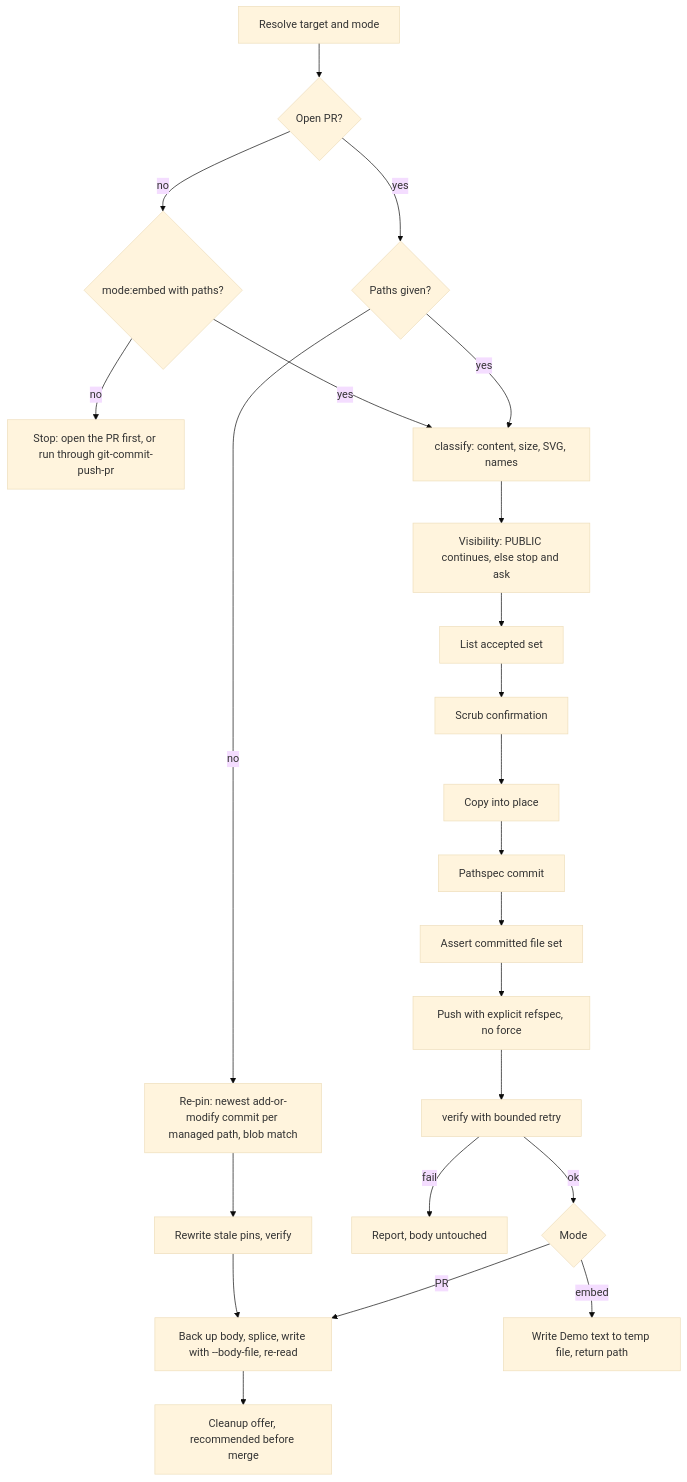
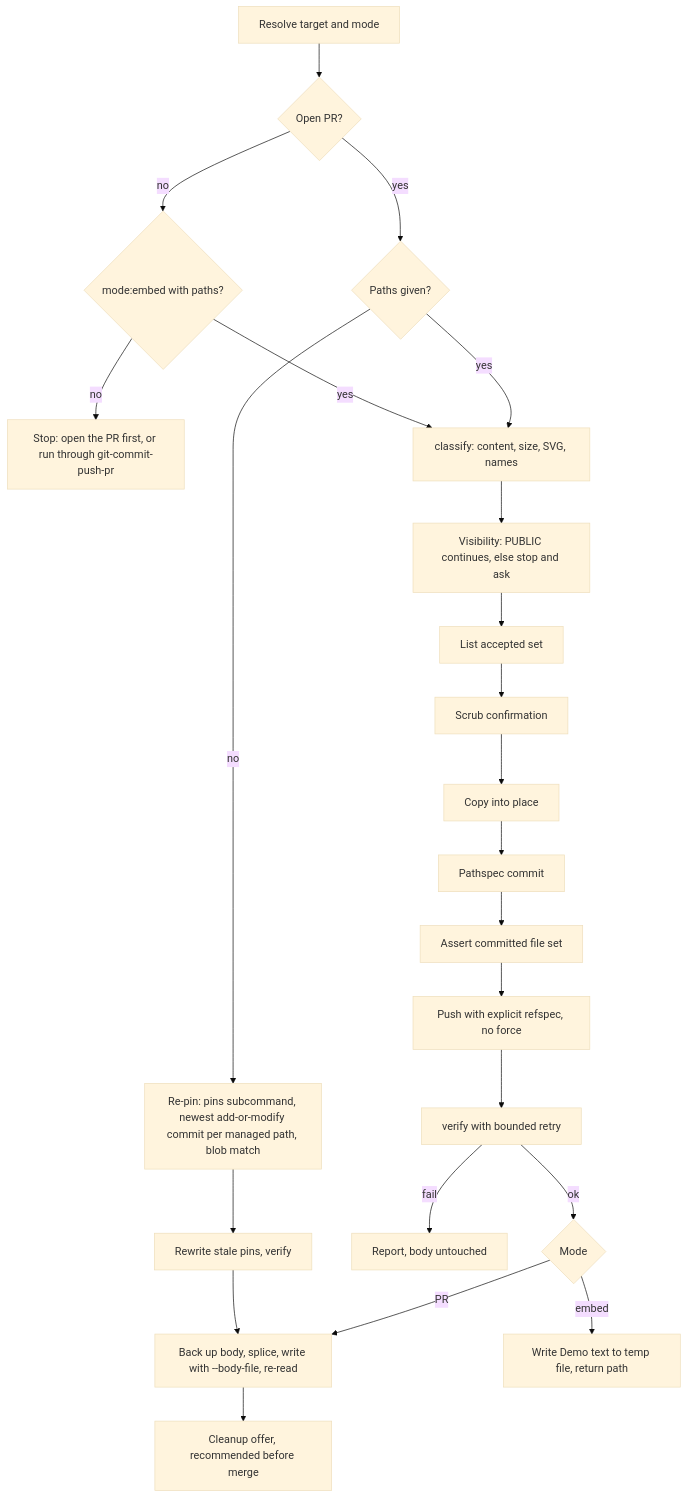
Before and after one commit to marcusrbrown/systematic: the diagram in docs/plans/2026-10-22-002-feat-pr-attachments-skill-plan.md, drawn with Mermaid (base theme). The commit also changed other lines of this file, not shown here.

````diff
--- a/docs/plans/2026-10-22-002-feat-pr-attachments-skill-plan.md
+++ b/docs/plans/2026-10-22-002-feat-pr-attachments-skill-plan.md
@@ -300,24 +326,24 @@
 ```mermaid
 flowchart TD
   A[Resolve target and mode] --> D{Open PR?}
   D -- no --> E0{mode:embed with paths?}
   E0 -- no --> N[Stop: open the PR first, or run through git-commit-push-pr]
   E0 -- yes --> C
   D -- yes --> B{Paths given?}
-  B -- no --> R[Re-pin: newest add-or-modify commit per managed path, blob match]
+  B -- no --> R[Re-pin: pins subcommand, newest add-or-modify commit per managed path, blob match]
   R --> RV[Rewrite stale pins, verify] --> W
   B -- yes --> C[classify: content, size, SVG, names]
   C --> V[Visibility: PUBLIC continues, else stop and ask]
   V --> L[List accepted set]
   L --> S[Scrub confirmation]
   S --> Y[Copy into place]
   Y --> K[Pathspec commit]
   K --> E[Assert committed file set]
   E --> P[Push with explicit refspec, no force]
   P --> Q[verify with bounded retry]
   Q -- fail --> F[Report, body untouched]
   Q -- ok --> M{Mode}
   M -- embed --> T[Write Demo text to temp file, return path]
   M -- PR --> W[Back up body, splice, write with --body-file, re-read]
   W --> X[Cleanup offer, recommended before merge]
 ```
````
